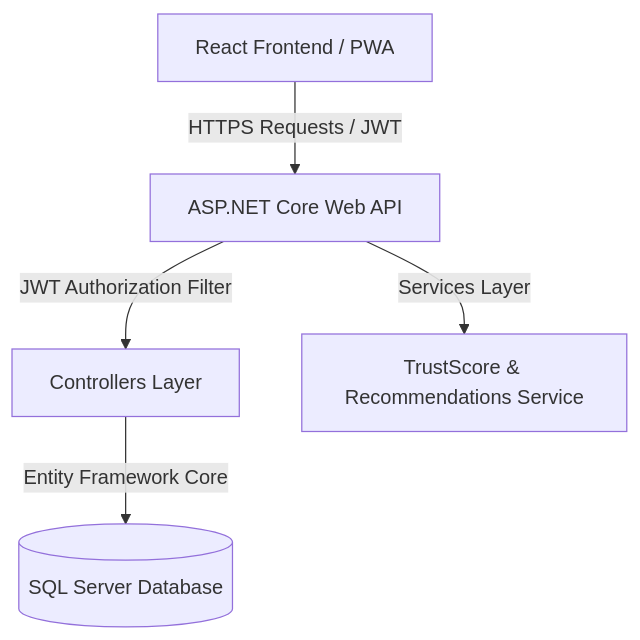
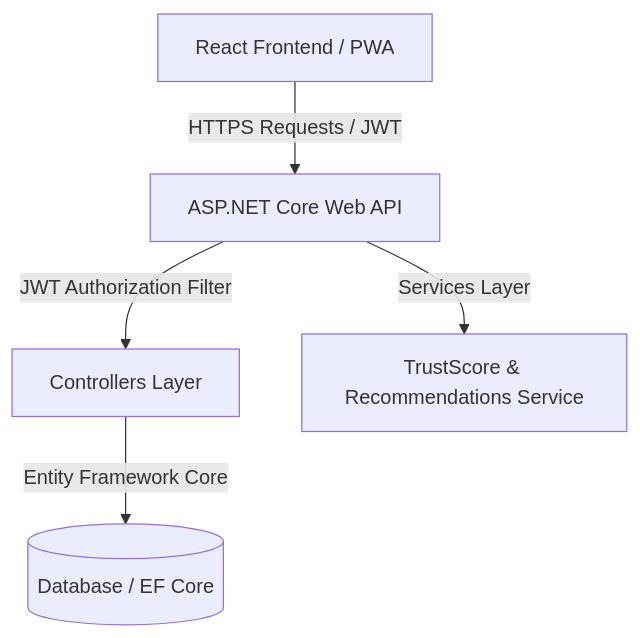
Before and after one commit to dan987420-gif/Local-Service-Booking: the diagram in README.md, drawn with Mermaid. The commit also changed other lines of this file, not shown here.

````diff
--- a/README.md
+++ b/README.md
@@ -30,7 +41,7 @@
 ```mermaid
 graph TD
     Client[React Frontend / PWA] -->|HTTPS Requests / JWT| Gateway[ASP.NET Core Web API]
     Gateway -->|JWT Authorization Filter| Controllers[Controllers Layer]
-    Controllers -->|Entity Framework Core| DB[(SQL Server Database)]
+    Controllers -->|Entity Framework Core| DB[(Database / EF Core)]
     Gateway -->|Services Layer| Trust[TrustScore & Recommendations Service]
 ```
````
